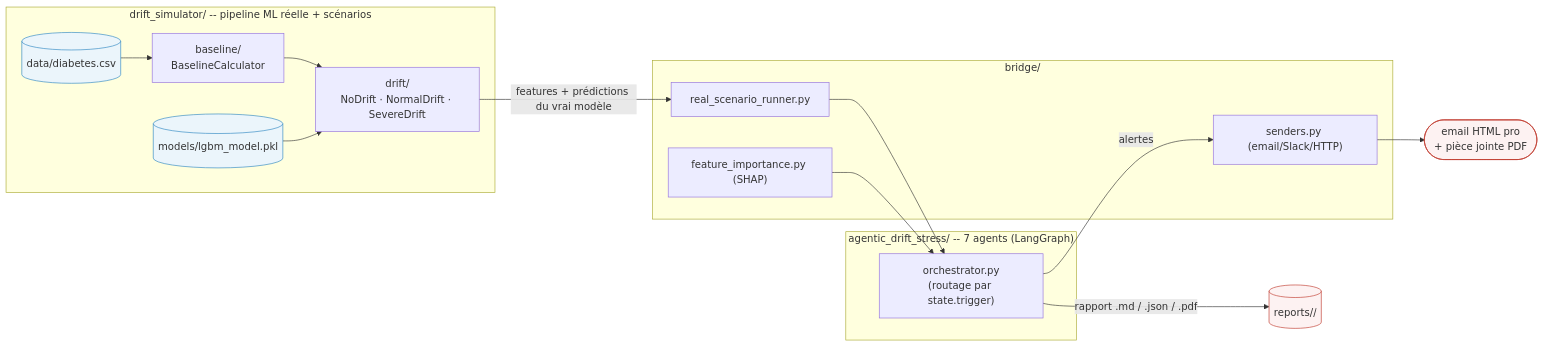
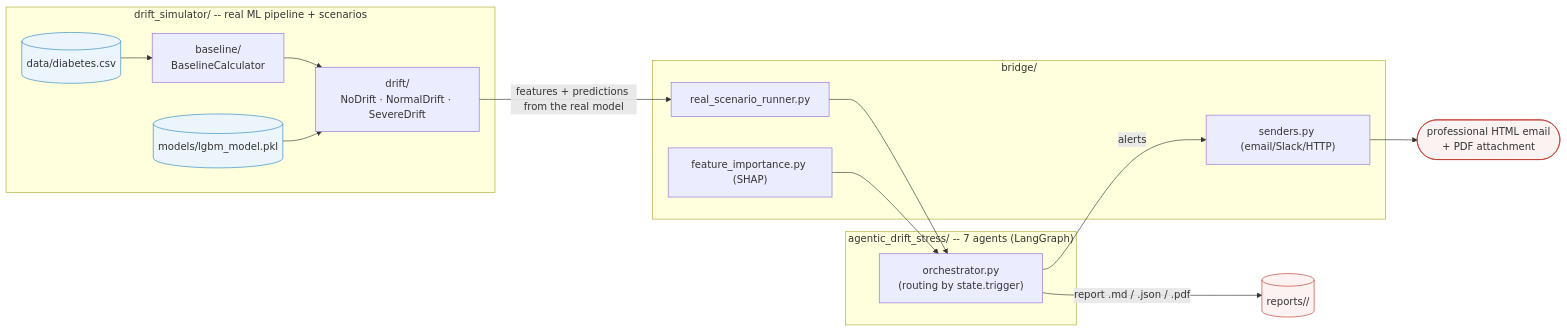
One commit to valkyriecrush/ML-drift-detection- changed the diagram in README.md. Above: the diagram before and after it, drawn with Mermaid. The commit also changed other lines of this file, not shown here.

````diff
--- a/README.md
+++ b/README.md
@@ -21,30 +21,30 @@
 ```mermaid
 flowchart LR
-    subgraph SIM["drift_simulator/ -- pipeline ML réelle + scénarios"]
+    subgraph SIM["drift_simulator/ -- real ML pipeline + scenarios"]
         DATA[("data/diabetes.csv")] --> BASE["baseline/\nBaselineCalculator"]
         BASE --> DRIFT["drift/\nNoDrift · NormalDrift · SevereDrift"]
         MODEL[("models/lgbm_model.pkl")] --> DRIFT
     end
 
     subgraph BRIDGE["bridge/"]
         RUNNER["real_scenario_runner.py"]
         SHAP["feature_importance.py (SHAP)"]
         SEND["senders.py (email/Slack/HTTP)"]
     end
 
     subgraph AGENTS["agentic_drift_stress/ -- 7 agents (LangGraph)"]
-        ORCH["orchestrator.py\n(routage par state.trigger)"]
+        ORCH["orchestrator.py\n(routing by state.trigger)"]
     end
 
-    DRIFT -- "features + prédictions du vrai modèle" --> RUNNER
+    DRIFT -- "features + predictions from the real model" --> RUNNER
     RUNNER --> ORCH
     SHAP --> ORCH
-    ORCH -- "alertes" --> SEND
-    ORCH -- "rapport .md / .json / .pdf" --> REPORTS[("reports/<model_id>/")]
-    SEND --> EMAIL(["email HTML pro\n+ pièce jointe PDF"])
+    ORCH -- "alerts" --> SEND
+    ORCH -- "report .md / .json / .pdf" --> REPORTS[("reports/<model_id>/")]
+    SEND --> EMAIL(["professional HTML email\n+ PDF attachment"])
 
     style DATA fill:#EBF5FB,stroke:#2E86C1
     style MODEL fill:#EBF5FB,stroke:#2E86C1
     style REPORTS fill:#FDF2F2,stroke:#C0392B
     style EMAIL fill:#FDF2F2,stroke:#C0392B
 ```
````
